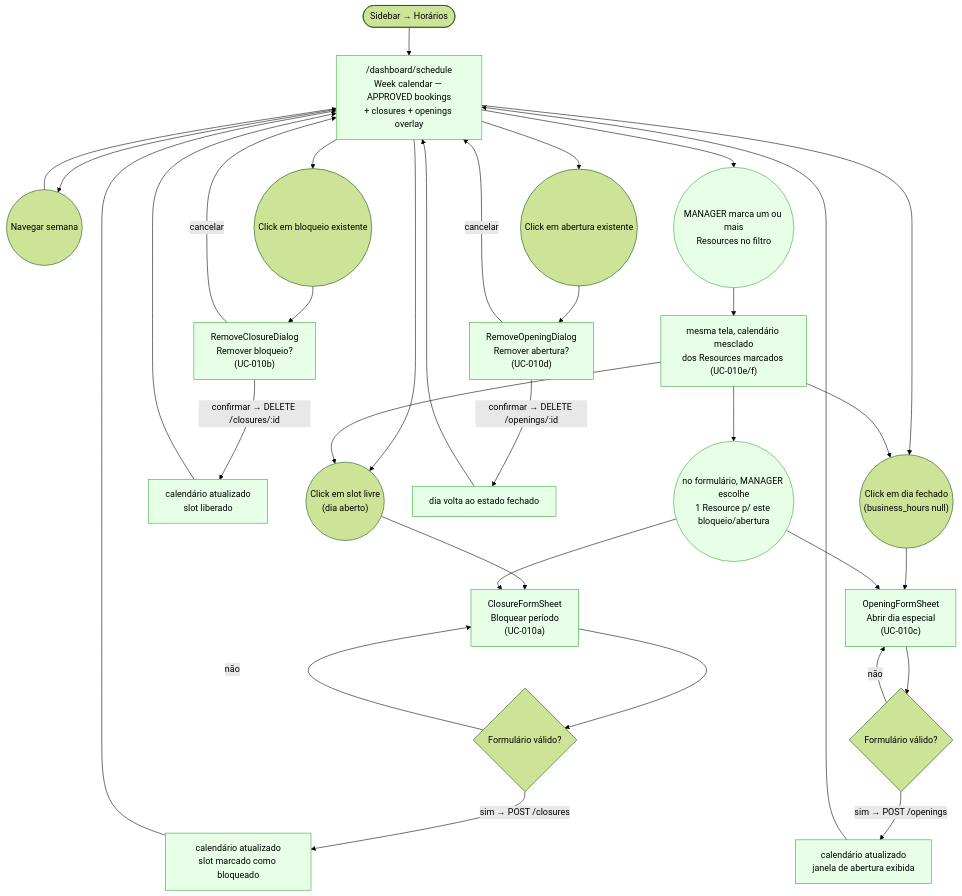
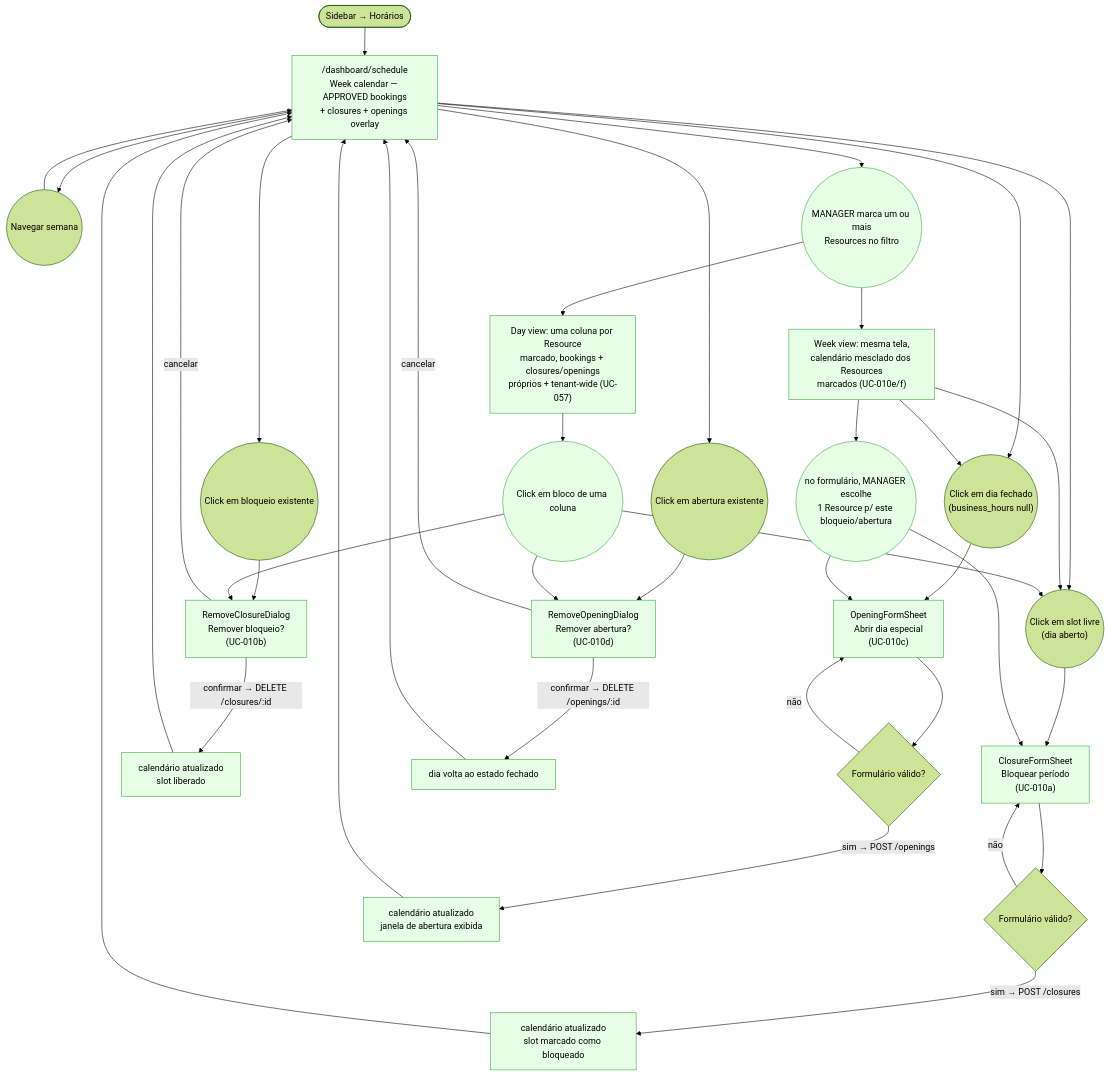
Before and after one commit to lmmoreira/ikaro: the diagram in plan/journey/staff/horarios.md, drawn with Mermaid (forest theme). The commit also changed other lines of this file and 27 other files, not shown here.

First line of the commit message:
feat(booking): manager bounded multi-resource column view for Horários (M22-S06) (#511)

````diff
--- a/plan/journey/staff/horarios.md
+++ b/plan/journey/staff/horarios.md
@@ -10,49 +10,58 @@
 ```mermaid
 flowchart TD
     classDef existing fill:#e6ffe6,stroke:#3a3
     classDef gap stroke:#f00,stroke-dasharray: 5 5,fill:#fee
 
     Start(["Sidebar → Horários"]) --> Schedule["/dashboard/schedule<br/>Week calendar — APPROVED bookings<br/>+ closures + openings overlay"]
 
     Schedule --> WeekNav(("Navegar semana"))
     WeekNav --> Schedule
 
     Schedule --> ClickSlot(("Click em slot livre<br/>(dia aberto)"))
     ClickSlot --> ClosureSheet["ClosureFormSheet<br/>Bloquear período<br/>(UC-010a)"]
     ClosureSheet --> ClosureForm{"Formulário válido?"}
     ClosureForm -- não --> ClosureSheet
     ClosureForm -- sim → POST /closures --> ClosureSuccess["calendário atualizado<br/>slot marcado como bloqueado"]
     ClosureSuccess --> Schedule
 
     Schedule --> ClickClosure(("Click em bloqueio existente"))
     ClickClosure --> RemoveClosureSheet["RemoveClosureDialog<br/>Remover bloqueio?<br/>(UC-010b)"]
     RemoveClosureSheet -- cancelar --> Schedule
     RemoveClosureSheet -- confirmar → DELETE /closures/:id --> RemoveClosureSuccess["calendário atualizado<br/>slot liberado"]
     RemoveClosureSuccess --> Schedule
 
     Schedule --> ClickClosedDay(("Click em dia fechado<br/>(business_hours null)"))
     ClickClosedDay --> OpeningSheet["OpeningFormSheet<br/>Abrir dia especial<br/>(UC-010c)"]
     OpeningSheet --> OpeningForm{"Formulário válido?"}
     OpeningForm -- não --> OpeningSheet
     OpeningForm -- sim → POST /openings --> OpeningSuccess["calendário atualizado<br/>janela de abertura exibida"]
     OpeningSuccess --> Schedule
 
     Schedule --> ClickOpening(("Click em abertura existente"))
     ClickOpening --> RemoveOpeningSheet["RemoveOpeningDialog<br/>Remover abertura?<br/>(UC-010d)"]
     RemoveOpeningSheet -- cancelar --> Schedule
     RemoveOpeningSheet -- confirmar → DELETE /openings/:id --> RemoveOpeningSuccess["dia volta ao estado fechado"]
     RemoveOpeningSuccess --> Schedule
 
     class Schedule,ClosureSheet,ClosureSuccess,RemoveClosureSheet,RemoveClosureSuccess,OpeningSheet,OpeningSuccess,RemoveOpeningSheet,RemoveOpeningSuccess existing
 
     %% M21 Cluster 1 — resource-scoped extension (MANAGER-only, shipped M21-S05)
     Schedule --> ResourceFilter(("MANAGER marca um ou mais<br/>Resources no filtro"))
-    ResourceFilter --> ScheduleScoped["mesma tela, calendário mesclado<br/>dos Resources marcados (UC-010e/f)"]
+    ResourceFilter --> ScheduleScoped["Week view: mesma tela,<br/>calendário mesclado dos Resources<br/>marcados (UC-010e/f)"]
     ScheduleScoped --> ClickSlot
     ScheduleScoped --> ClickClosedDay
     ScheduleScoped --> ResourceFieldPick(("no formulário, MANAGER escolhe<br/>1 Resource p/ este bloqueio/abertura"))
     ResourceFieldPick --> ClosureSheet
     ResourceFieldPick --> OpeningSheet
 
     class ResourceFilter,ScheduleScoped,ResourceFieldPick existing
+
+    %% M22 Cluster 2 — bounded multi-resource columns board (MANAGER-only, Day view, shipped M22-S06)
+    ResourceFilter --> ScheduleColumns["Day view: uma coluna por Resource<br/>marcado, bookings + closures/openings<br/>próprios + tenant-wide (UC-057)"]
+    ScheduleColumns --> ClickColumnBlock(("Click em bloco de uma coluna"))
+    ClickColumnBlock --> ClickSlot
+    ClickColumnBlock --> RemoveClosureSheet
+    ClickColumnBlock --> RemoveOpeningSheet
+
+    class ScheduleColumns,ClickColumnBlock existing
 ```
````
